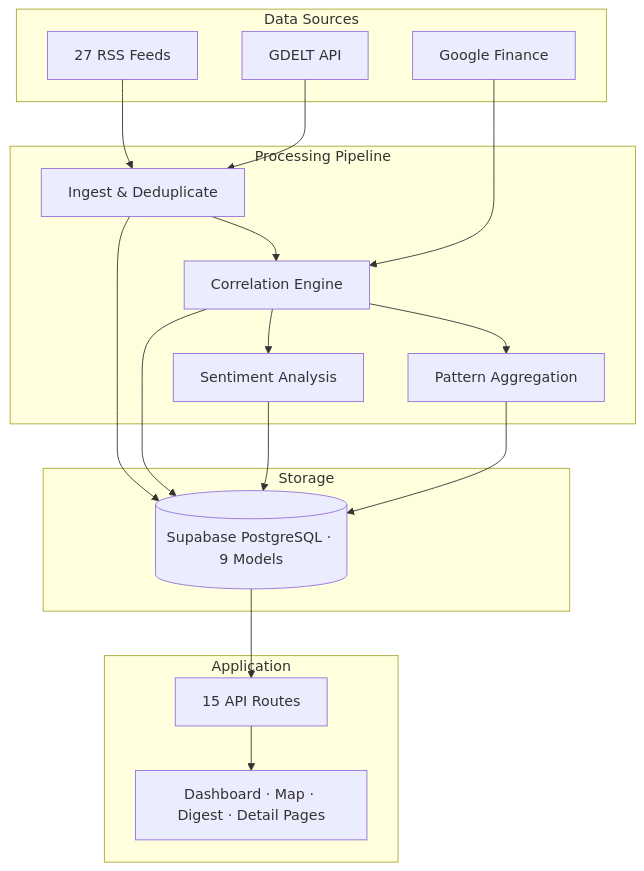
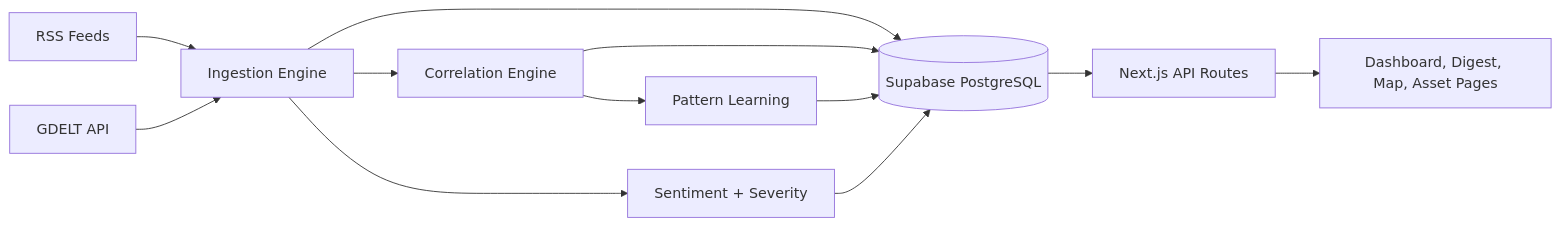
One commit to jaquelynnarcotized946/Geopolitics_Finance_Dashboard changed the diagram in README.md. Above: the diagram before and after it, drawn with Mermaid. The commit also changed other lines of this file and 16 other files, not shown here.

````diff
--- a/README.md
+++ b/README.md
@@ -122,37 +81,14 @@
 ```mermaid
-graph TB
-    subgraph Sources["Data Sources"]
-        RSS["27 RSS Feeds"]
-        GDELT["GDELT API"]
-        GF["Google Finance"]
-    end
-
-    subgraph Processing["Processing Pipeline"]
-        ING["Ingest & Deduplicate"]
-        COR["Correlation Engine"]
-        PAT["Pattern Aggregation"]
-        SEN["Sentiment Analysis"]
-    end
-
-    subgraph Storage["Storage"]
-        DB[("Supabase PostgreSQL · 9 Models")]
-    end
-
-    subgraph App["Application"]
-        API["15 API Routes"]
-        UI["Dashboard · Map · Digest · Detail Pages"]
-    end
-
-    RSS --> ING
-    GDELT --> ING
-    ING --> COR
-    GF --> COR
-    COR --> PAT
-    COR --> SEN
+graph LR
+    RSS[RSS Feeds] --> ING[Ingestion Engine]
+    GDELT[GDELT API] --> ING
+    ING --> DB[(Supabase PostgreSQL)]
+    ING --> COR[Correlation Engine]
+    COR --> DB
+    COR --> PAT[Pattern Learning]
     PAT --> DB
+    ING --> SEN[Sentiment + Severity]
     SEN --> DB
-    COR --> DB
-    ING --> DB
-    DB --> API
-    API --> UI
+    DB --> API[Next.js API Routes]
+    API --> UI[Dashboard, Digest, Map, Asset Pages]
 ```
````
